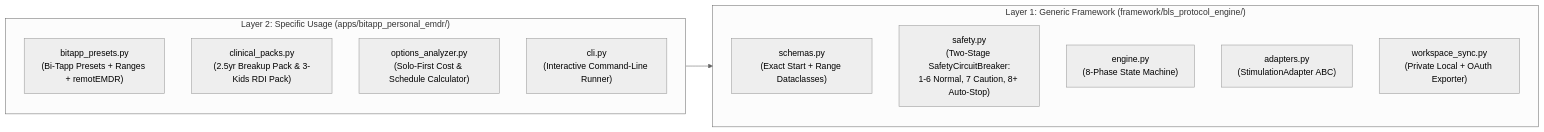
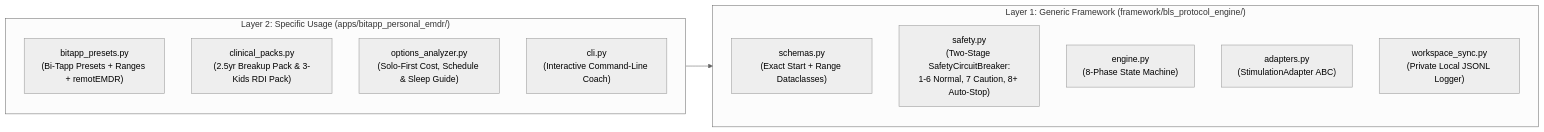
One commit to itayshemesh/bitapp-emdr-platform changed the second of 2 diagrams in docs/MASTER_PLAN.md. Above: the diagram before and after it, drawn with Mermaid (neutral theme). The commit also changed other lines of this file and 4 other files, not shown here.

````diff
--- a/docs/MASTER_PLAN.md
+++ b/docs/MASTER_PLAN.md
@@ -160,19 +208,19 @@
 ```mermaid
 flowchart LR
     subgraph Generic["Layer 1: Generic Framework (framework/bls_protocol_engine/)"]
         Schemas["schemas.py\n(Exact Start + Range Dataclasses)"]
         Safety["safety.py\n(Two-Stage SafetyCircuitBreaker:\n1-6 Normal, 7 Caution, 8+ Auto-Stop)"]
         Engine["engine.py\n(8-Phase State Machine)"]
         Adapters["adapters.py\n(StimulationAdapter ABC)"]
-        Sync["workspace_sync.py\n(Private Local + OAuth Exporter)"]
+        Sync["workspace_sync.py\n(Private Local JSONL Logger)"]
     end
 
     subgraph Specific["Layer 2: Specific Usage (apps/bitapp_personal_emdr/)"]
         Presets["bitapp_presets.py\n(Bi-Tapp Presets + Ranges + remotEMDR)"]
         Packs["clinical_packs.py\n(2.5yr Breakup Pack & 3-Kids RDI Pack)"]
-        Analyzer["options_analyzer.py\n(Solo-First Cost & Schedule Calculator)"]
-        CLI["cli.py\n(Interactive Command-Line Runner)"]
+        Analyzer["options_analyzer.py\n(Solo-First Cost, Schedule & Sleep Guide)"]
+        CLI["cli.py\n(Interactive Command-Line Coach)"]
     end
 
     Specific --> Generic
 ```
````
